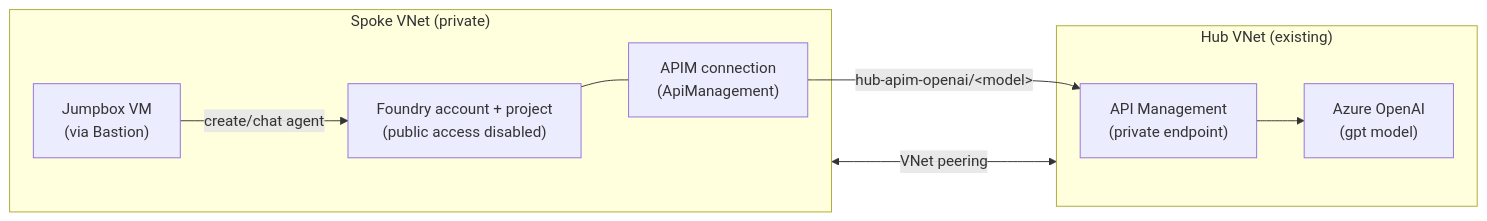
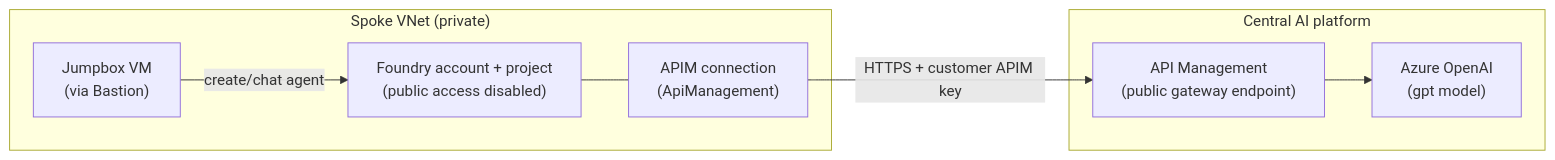
One commit to nstijepovic/foundry-apim-terraform changed the diagram in README.md. Above: the diagram before and after it, drawn with Mermaid. The commit also changed other lines of this file and 8 other files, not shown here.

Commit message:
Use public APIM gateway by default

````diff
--- a/README.md
+++ b/README.md
@@ -20,17 +21,16 @@
 ```mermaid
 flowchart LR
-    subgraph Hub["Hub VNet (existing)"]
-        APIM["API Management\n(private endpoint)"]
+  subgraph Platform["Central AI platform"]
+    APIM["API Management\n(public gateway endpoint)"]
         AOAI["Azure OpenAI\n(gpt model)"]
         APIM --> AOAI
     end
     subgraph Spoke["Spoke VNet (private)"]
         Foundry["Foundry account + project\n(public access disabled)"]
         Conn["APIM connection\n(ApiManagement)"]
         JB["Jumpbox VM\n(via Bastion)"]
         Foundry --- Conn
     end
     JB -->|create/chat agent| Foundry
-    Conn -->|hub-apim-openai/&lt;model&gt;| APIM
-    Spoke <-->|VNet peering| Hub
+    Conn -->|HTTPS + customer APIM key| APIM
 ```
````
